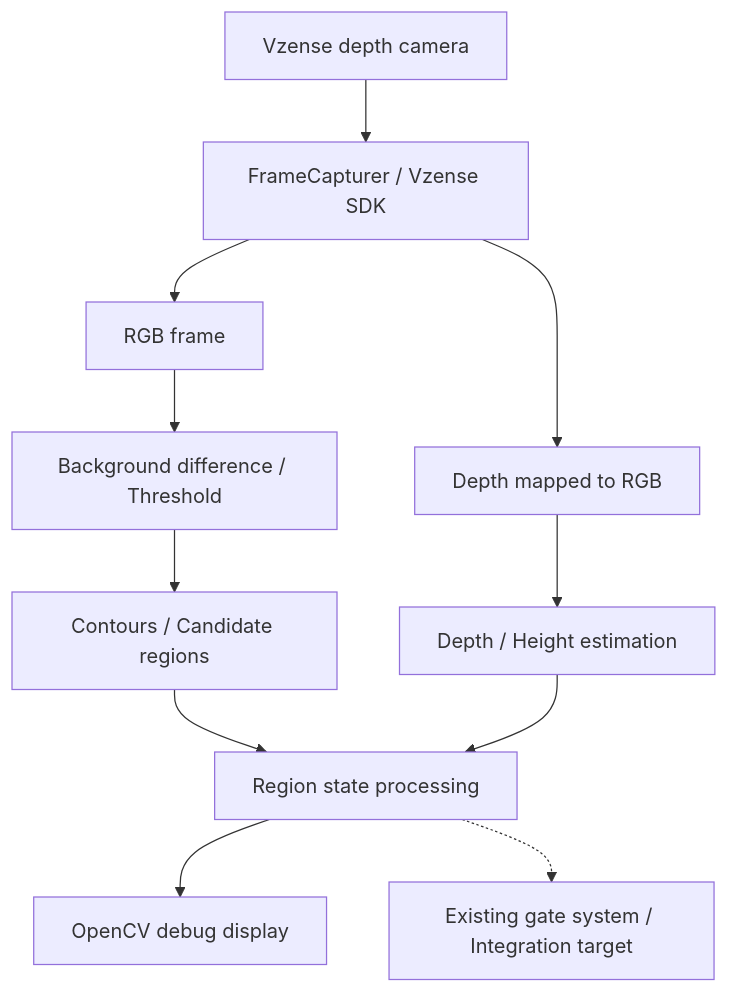
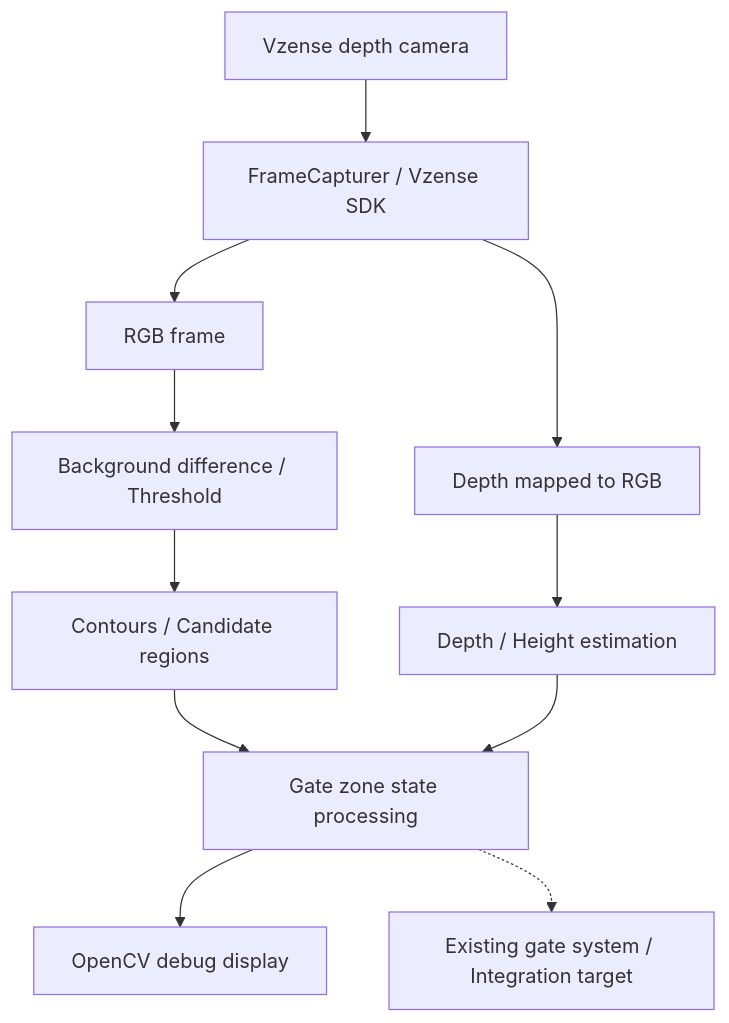
One commit to Seppura-y/DepthCamAutoGateMachine changed the diagram in README.ja.md. Above: the diagram before and after it, drawn with Mermaid. The commit also changed other lines of this file and 1 other file, not shown here.

````diff
--- a/README.ja.md
+++ b/README.ja.md
@@ -37,13 +37,13 @@
 ```mermaid
 flowchart TD
     Camera["Vzense depth camera"] --> SDK["FrameCapturer / Vzense SDK"]
     SDK --> RGB["RGB frame"]
     SDK --> Depth["Depth mapped to RGB"]
     RGB --> Diff["Background difference / Threshold"]
     Diff --> Regions["Contours / Candidate regions"]
     Depth --> Height["Depth / Height estimation"]
-    Regions --> State["Region state processing"]
+    Regions --> State["Gate zone state processing"]
     Height --> State
     State --> View["OpenCV debug display"]
     State -.-> Gate["Existing gate system / Integration target"]
 ```
````
